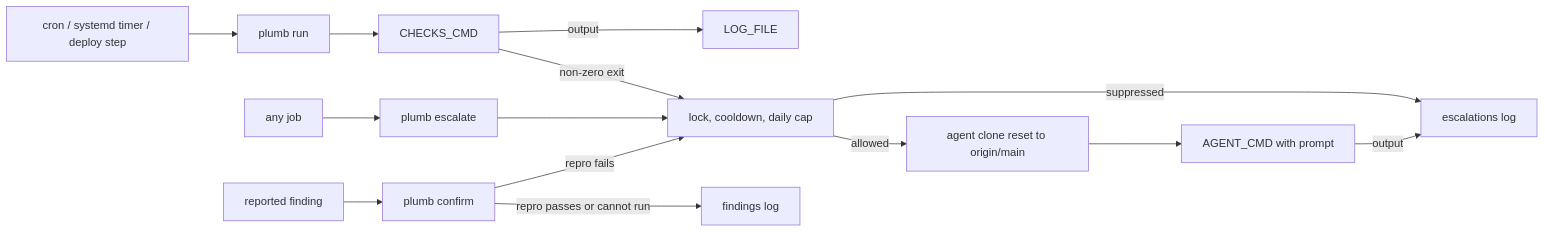
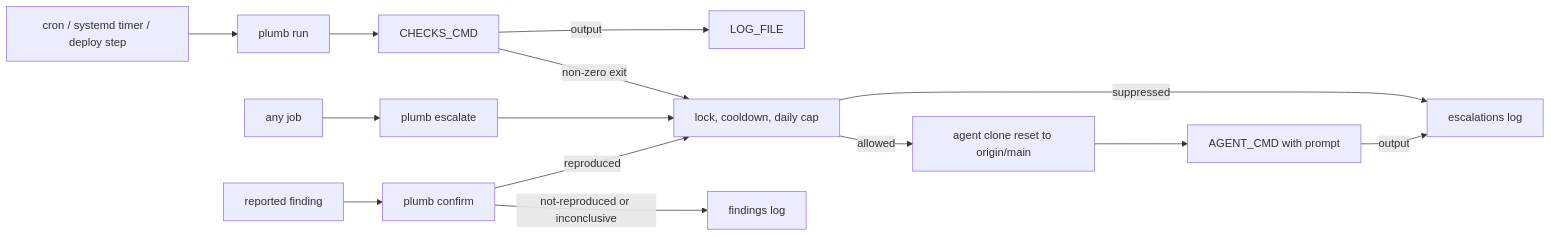
The diagram in docs/concepts.md (kontourai/plumb), drawn with Mermaid before and after one commit. The commit also changed other lines of this file and 4 other files, not shown here.

````diff
--- a/docs/concepts.md
+++ b/docs/concepts.md
@@ -9,16 +9,16 @@
 ```mermaid
 flowchart LR
   timer["cron / systemd timer / deploy step"] --> run["plumb run"]
   job["any job"] --> esc["plumb escalate"]
   run --> checks["CHECKS_CMD"]
   checks -- "output" --> log["LOG_FILE"]
   checks -- "non-zero exit" --> guards
   finding["reported finding"] --> confirm["plumb confirm"]
-  confirm -- "repro fails" --> guards
-  confirm -- "repro passes or cannot run" --> flog["findings log"]
+  confirm -- "reproduced" --> guards
+  confirm -- "not-reproduced or inconclusive" --> flog["findings log"]
   esc --> guards["lock, cooldown, daily cap"]
   guards -- "suppressed" --> elog["escalations log"]
   guards -- "allowed" --> clone["agent clone reset to origin/main"]
   clone --> agent["AGENT_CMD with prompt"]
   agent -- "output" --> elog
 ```
````
